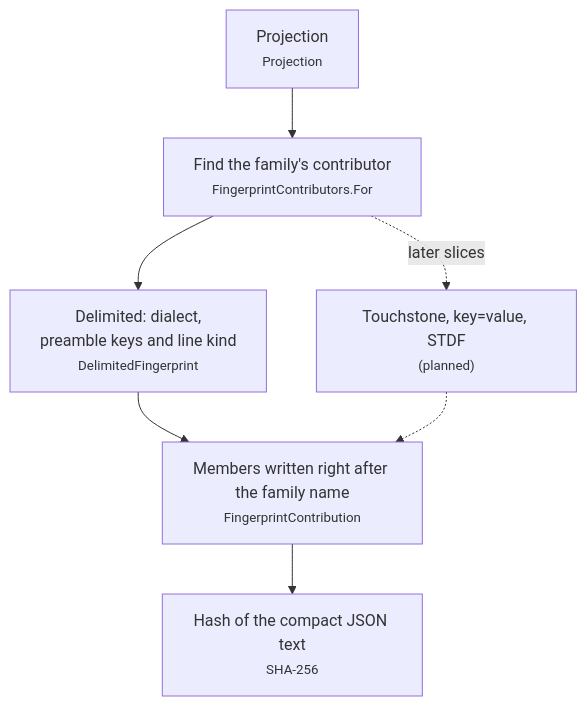
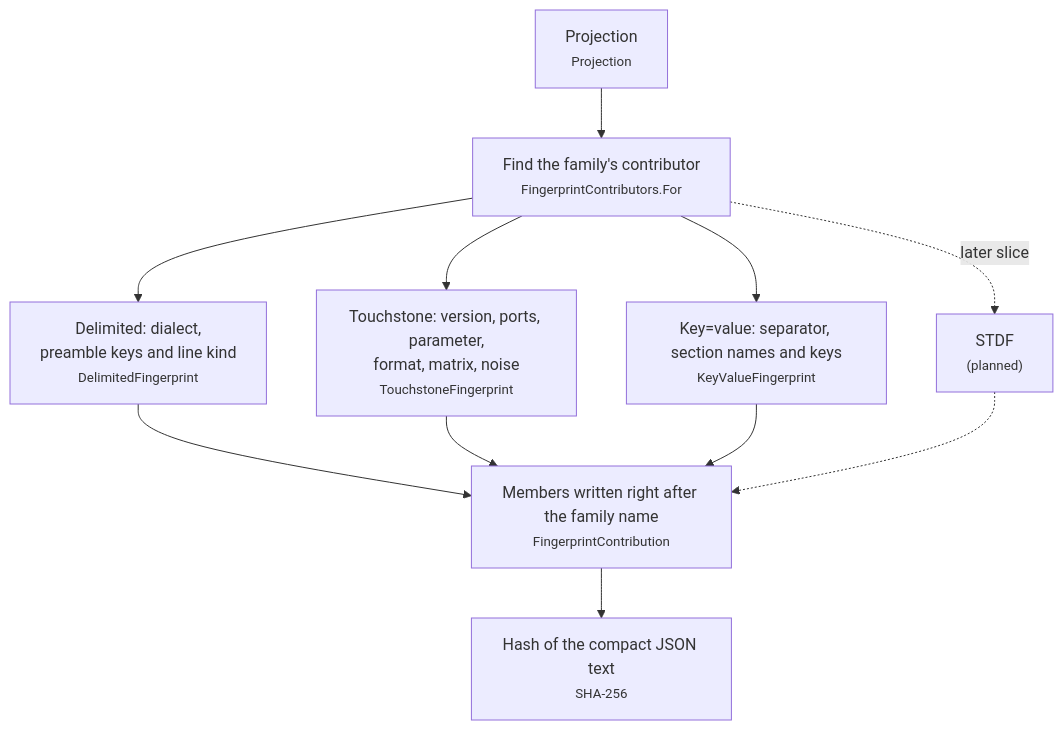
Before and after one commit to squalor-xyz/squalify: diagram 24 of 33 in docs/how-it-works.md, drawn with Mermaid. The commit also changed other lines of this file and 80 other files, not shown here.

Commit message:
sq-09: Touchstone and key=value/INI profilers; schema 1.1

````diff
--- a/docs/how-it-works.md
+++ b/docs/how-it-works.md
@@ -377,9 +395,13 @@
 ```mermaid
 flowchart TD
     P["Projection<br/><small>Projection</small>"] --> R["Find the family's contributor<br/><small>FingerprintContributors.For</small>"]
     R --> DC["Delimited: dialect,<br/>preamble keys and line kind<br/><small>DelimitedFingerprint</small>"]
-    R -. "later slices" .-> OC["Touchstone, key=value, STDF<br/><small>(planned)</small>"]
+    R --> TC["Touchstone: version, ports, parameter,<br/>format, matrix, noise<br/><small>TouchstoneFingerprint</small>"]
+    R --> KC["Key=value: separator, section names and keys<br/><small>KeyValueFingerprint</small>"]
+    R -. "later slice" .-> OC["STDF<br/><small>(planned)</small>"]
     DC --> M["Members written right after the family name<br/><small>FingerprintContribution</small>"]
+    TC --> M
+    KC --> M
     OC -.-> M
     M --> H["Hash of the compact JSON text<br/><small>SHA-256</small>"]
 ```
````
